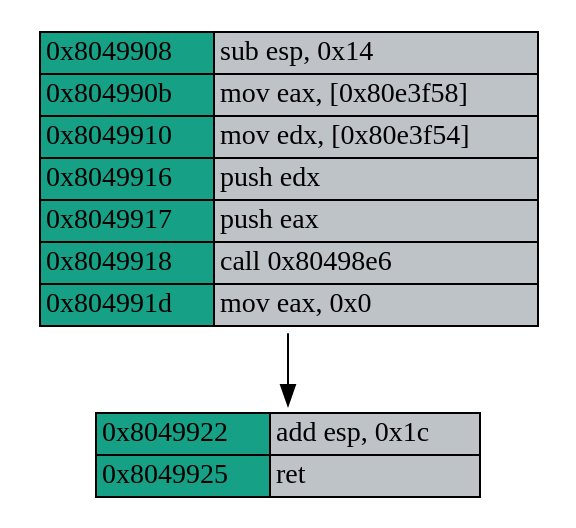
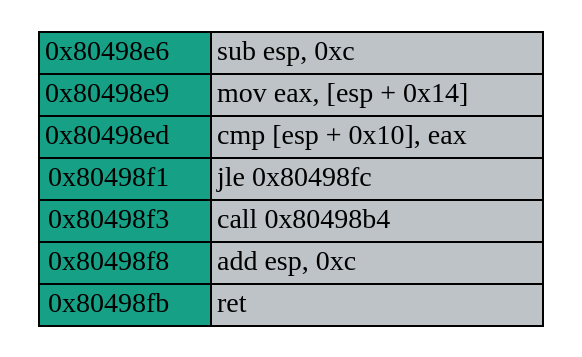
One commit to Nicolnegg/researh changed the diagram in VM/tools-paper/Examples/example-plus-a>b/function_cfg.dot. Above: the diagram before and after it, drawn with Graphviz. The commit also changed 53 other files, not shown here.

```diff
--- a/VM/tools-paper/Examples/example-plus-a>b/function_cfg.dot
+++ b/VM/tools-paper/Examples/example-plus-a>b/function_cfg.dot
@@ -1,22 +1,16 @@
 digraph G {
   node [shape=plaintext, ];
-  598651999 [label=<<table border="0" cellspacing="0">
-<tr><td border="1" bgcolor="#16a085">0x8049908</td><td border="1" bgcolor="#bdc3c7" align="left">sub esp, 0x14</td></tr>
-<tr><td border="1" bgcolor="#16a085">0x804990b</td><td border="1" bgcolor="#bdc3c7" align="left">mov eax, [0x80e3f58]</td></tr>
-<tr><td border="1" bgcolor="#16a085">0x8049910</td><td border="1" bgcolor="#bdc3c7" align="left">mov edx, [0x80e3f54]</td></tr>
-<tr><td border="1" bgcolor="#16a085">0x8049916</td><td border="1" bgcolor="#bdc3c7" align="left">push edx</td></tr>
-<tr><td border="1" bgcolor="#16a085">0x8049917</td><td border="1" bgcolor="#bdc3c7" align="left">push eax</td></tr>
-<tr><td border="1" bgcolor="#16a085">0x8049918</td><td border="1" bgcolor="#bdc3c7" align="left">call 0x80498e6</td></tr>
-<tr><td border="1" bgcolor="#16a085">0x804991d</td><td border="1" bgcolor="#bdc3c7" align="left">mov eax, 0x0</td></tr>
+  937280693 [label=<<table border="0" cellspacing="0">
+<tr><td border="1" bgcolor="#16a085">0x80498e6</td><td border="1" bgcolor="#bdc3c7" align="left">sub esp, 0xc</td></tr>
+<tr><td border="1" bgcolor="#16a085">0x80498e9</td><td border="1" bgcolor="#bdc3c7" align="left">mov eax, [esp + 0x14]</td></tr>
+<tr><td border="1" bgcolor="#16a085">0x80498ed</td><td border="1" bgcolor="#bdc3c7" align="left">cmp [esp + 0x10], eax</td></tr>
+<tr><td border="1" bgcolor="#16a085">0x80498f1</td><td border="1" bgcolor="#bdc3c7" align="left">jle 0x80498fc</td></tr>
+<tr><td border="1" bgcolor="#16a085">0x80498f3</td><td border="1" bgcolor="#bdc3c7" align="left">call 0x80498b4</td></tr>
+<tr><td border="1" bgcolor="#16a085">0x80498f8</td><td border="1" bgcolor="#bdc3c7" align="left">add esp, 0xc</td></tr>
+<tr><td border="1" bgcolor="#16a085">0x80498fb</td><td border="1" bgcolor="#bdc3c7" align="left">ret</td></tr>
 </table>>,
              ];
-  1026807040 [label=<<table border="0" cellspacing="0">
-<tr><td border="1" bgcolor="#16a085">0x8049922</td><td border="1" bgcolor="#bdc3c7" align="left">add esp, 0x1c</td></tr>
-<tr><td border="1" bgcolor="#16a085">0x8049925</td><td border="1" bgcolor="#bdc3c7" align="left">ret</td></tr>
-</table>>,
-              ];
   
   
-  598651999 -> 1026807040 [minlen=1, ];
   
   }
```
